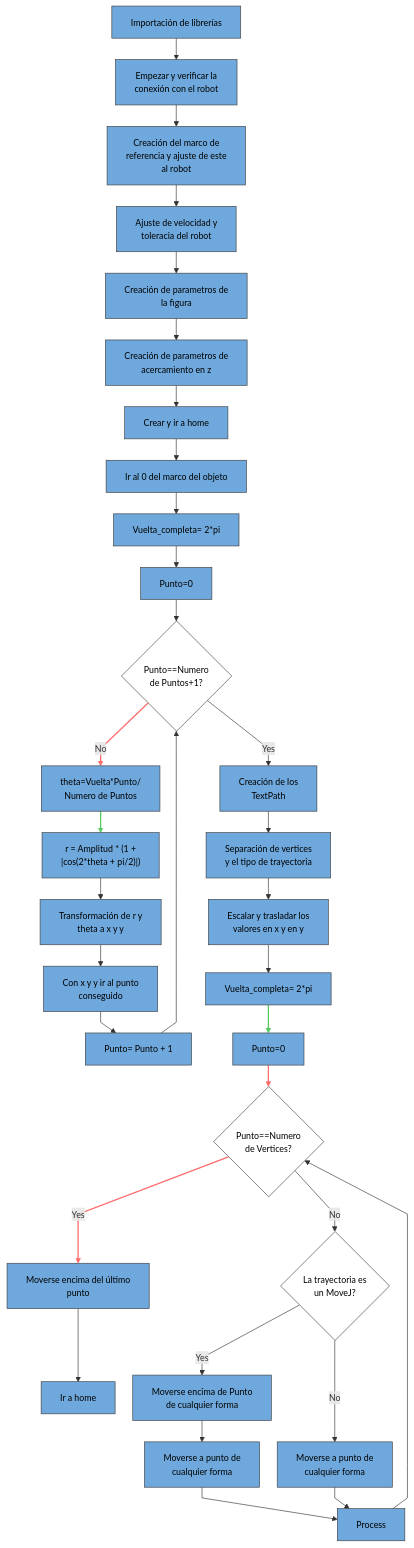
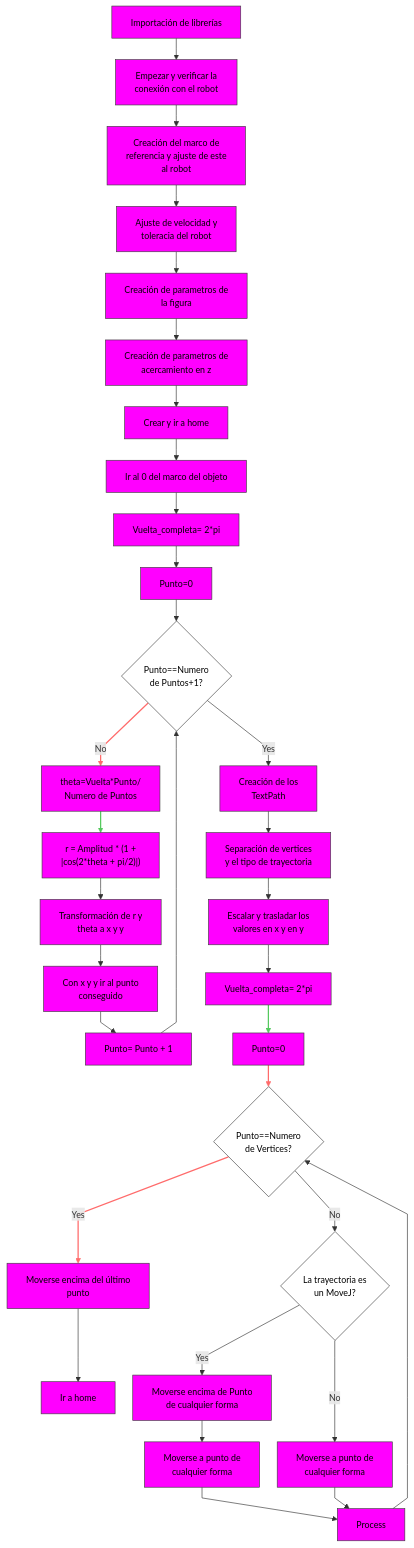
The diagram in Laboratorio No. 02 - Robótica Industrial Motoman MH6 y RoboDK/README.MD (labsir-un/Robotica-2026-I-Equipo-2A-Monroy-Saenz), drawn with Mermaid before and after one commit.

````diff
--- a/Laboratorio No. 02 - Robótica Industrial Motoman MH6 y RoboDK/README.MD
+++ b/Laboratorio No. 02 - Robótica Industrial Motoman MH6 y RoboDK/README.MD
@@ -96,78 +96,78 @@
 ```mermaid
 %%{init: {
   "flowchart": {
     "curve": "linear",
     "nodeSpacing": 28,
     "rankSpacing": 34
   },
   "themeVariables": {
     "fontSize": "14px"
   }
 }}%%
 
 flowchart TD
 
 %% ===== BLOQUES PRINCIPALES =====
 A1["Importación de librerías"] --> A2["Empezar y verificar la<br/>conexión con el robot"]
 A2 --> A3["Creación del marco de<br/>referencia y ajuste de este<br/>al robot"]
 A3 --> A4["Ajuste de velocidad y<br/>toleracia del robot"]
 A4 --> A5["Creación de parametros de<br/>la figura"]
 A5 --> A6["Creación de parametros de<br/>acercamiento en z"]
 A6 --> A7["Crear y ir a home"]
 A7 --> A8["Ir al 0 del marco del objeto"]
 A8 --> A9["Vuelta_completa= 2*pi"]
 A9 --> A10["Punto=0"]
 
 D1{Punto==Numero<br/>de Puntos+1?}
 
 A10 --> D1
 
 %% ===== RAMA 1: RECORRIDO DE PUNTOS =====
 D1 -->|No| B1["theta=Vuelta*Punto/<br/>Numero de Puntos"]
 B1 --> B2["r = Amplitud * (1 +<br/>|cos(2*theta + pi/2)|)"]
 B2 --> B3["Transformación de r y<br/>theta a x y y"]
 B3 --> B4["Con x y y ir al punto<br/>conseguido"]
 B4 --> B5["Punto= Punto + 1"]
 B5 --> D1
 
 %% ===== RAMA 2: CREACIÓN DE TEXTPATH =====
 D1 -->|Yes| C1["Creación de los<br/>TextPath"]
 C1 --> C2["Separación de vertices<br/>y el tipo de trayectoria"]
 C2 --> C3["Escalar y trasladar los<br/>valores en x y en y"]
 C3 --> C4["Vuelta_completa= 2*pi"]
 C4 --> C5["Punto=0"]
 
 D2{Punto==Numero<br/>de Vertices?}
 C5 --> D2
 
 %% ===== RAMA 3: MOVIMIENTO FINAL =====
 D2 -->|Yes| E1["Moverse encima del último<br/>punto"]
 E1 --> E2["Ir a home"]
 
 D2 -->|No| D3{"La trayectoria es<br/>un MoveJ?"}
 
 D3 -->|Yes| F1["Moverse encima de Punto<br/>de cualquier forma"]
 F1 --> F2["Moverse a punto de<br/>cualquier forma"]
 F2 --> P["Process"]
 
 D3 -->|No| G1["Moverse a punto de<br/>cualquier forma"]
 G1 --> P
 
 P --> D2
 
 %% ===== ESTILOS =====
-classDef box fill:#6fa8dc,stroke:#3d3d3d,stroke-width:1px,color:#000;
+classDef box fill:#ff00ff,stroke:#3d3d3d,stroke-width:1px,color:#000;
 classDef decision fill:#ffffff,stroke:#3d3d3d,stroke-width:1px,color:#000;
 classDef process fill:#6fa8dc,stroke:#3d3d3d,stroke-width:1px,color:#000;
 
 class A1,A2,A3,A4,A5,A6,A7,A8,A9,A10,B1,B2,B3,B4,B5,C1,C2,C3,C4,C5,E1,E2,F1,F2,G1,P box;
 class D1,D2,D3 decision;
 
 %% ===== COLORES DE RAMAS =====
 linkStyle 10 stroke:#ff6b6b,stroke-width:2px
 linkStyle 11 stroke:#55c95e,stroke-width:2px
 linkStyle 20 stroke:#55c95e,stroke-width:2px
 linkStyle 21 stroke:#ff6b6b,stroke-width:2px
 linkStyle 22 stroke:#ff6b6b,stroke-width:2px
 
 ```
````
